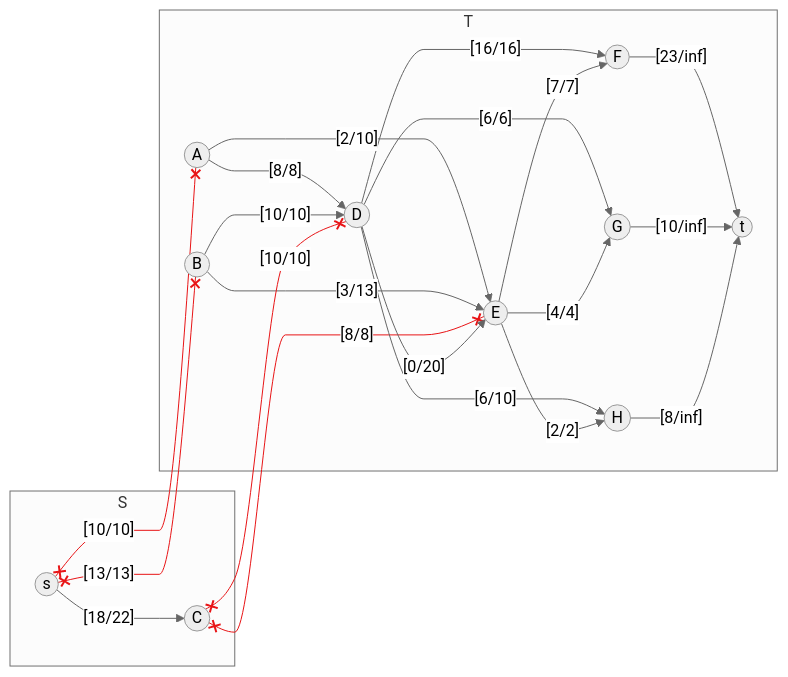
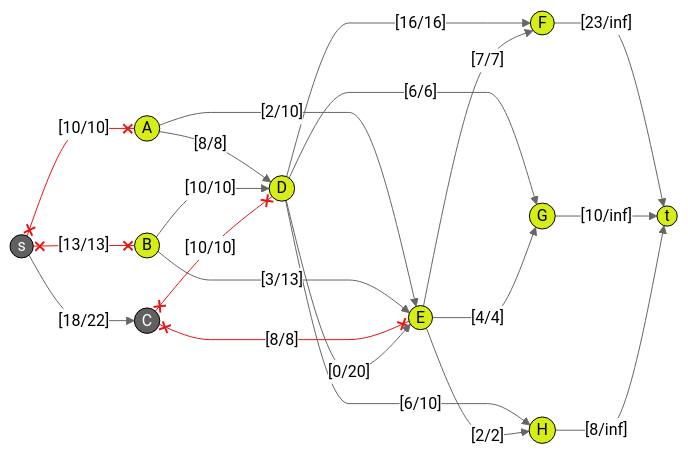
One commit to bartlomiejkrawczyk/MOM-24L changed the third of 6 diagrams in 01_project/README.md. Above: the diagram before and after it, drawn with Mermaid. The commit also changed other lines of this file and 3 other files, not shown here.

````diff
--- a/01_project/README.md
+++ b/01_project/README.md
@@ -340,51 +347,50 @@
 ```{.mermaid scale=2 caption="TODO"}
 %%{init:{'theme':'neutral', 'flowchart': {'curve':'monotoneX'}}}%%
 flowchart LR
 
-    subgraph S
-        s((s))
-        C((C))
-    end
+    classDef setS fill:#606060FF,stroke:#000,color:#FFF ;
+    classDef setT fill:#D6ED17FF,stroke:#000 ;
 
-    subgraph T
-        A((A))
-        B((B))
-        D((D))
-        E((E))
-        F((F))
-        G((G))
-        H((H))
-        t((t))
-    end
+    s((s)):::setS
+    C((C)):::setS
+
+    A((A)):::setT
+    B((B)):::setT
+    D((D)):::setT
+    E((E)):::setT
+    F((F)):::setT
+    G((G)):::setT
+    H((H)):::setT
+    t((t)):::setT
 
     %% Zdolności wydobywcze
     s x--[10/10]--x A
     s x--[13/13]--x B
     s --[18/22]--> C
     
     linkStyle 0,1 stroke:#e81416 ;
     
     A --[8/8]--> D
     A --[2/10]--> E
 
     B --[10/10]--> D
     B --[3/13]--> E
 
     C x--[10/10]--x D
     C x--[8/8]--x E
     
     linkStyle 7,8 stroke:#e81416 ;
 
     D --[0/20]--> E
     D --[16/16]--> F
     D --[6/6]--> G
     D --[6/10]--> H
 
     E --[7/7]--> F
     E --[4/4]--> G
     E --[2/2]--> H
 
     F --[23/inf]--> t
     G --[10/inf]--> t
     H --[8/inf]--> t
 ```
````
